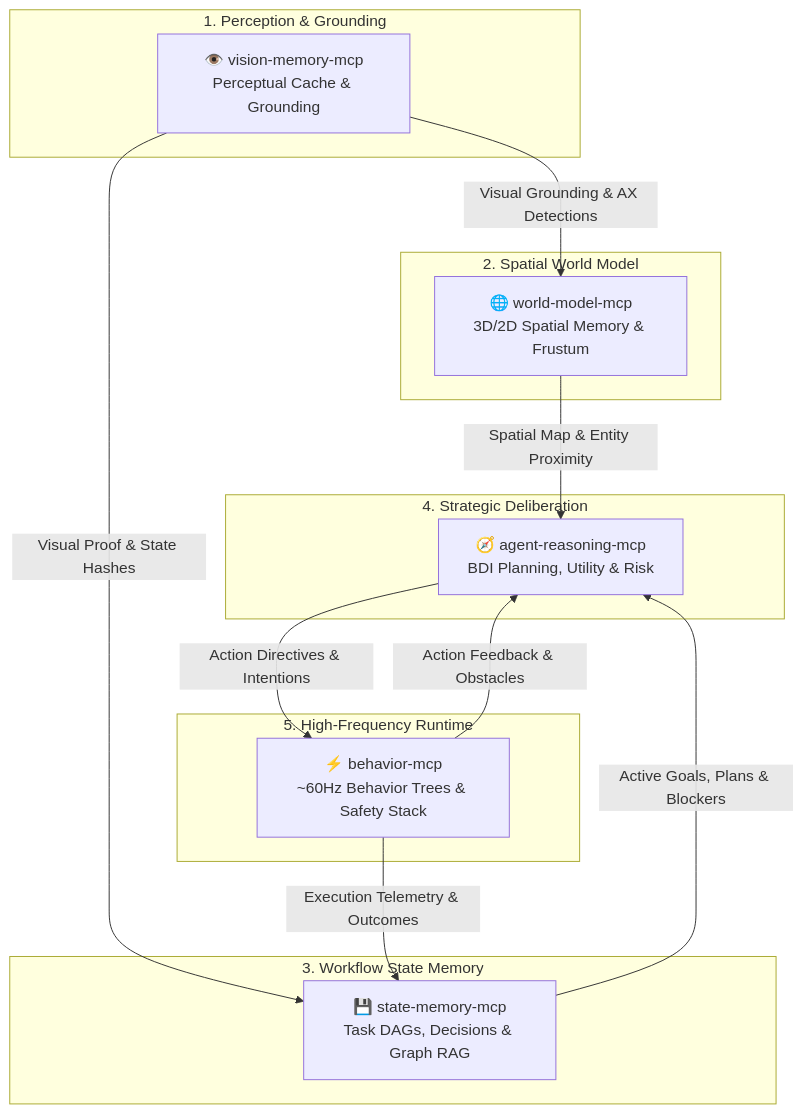
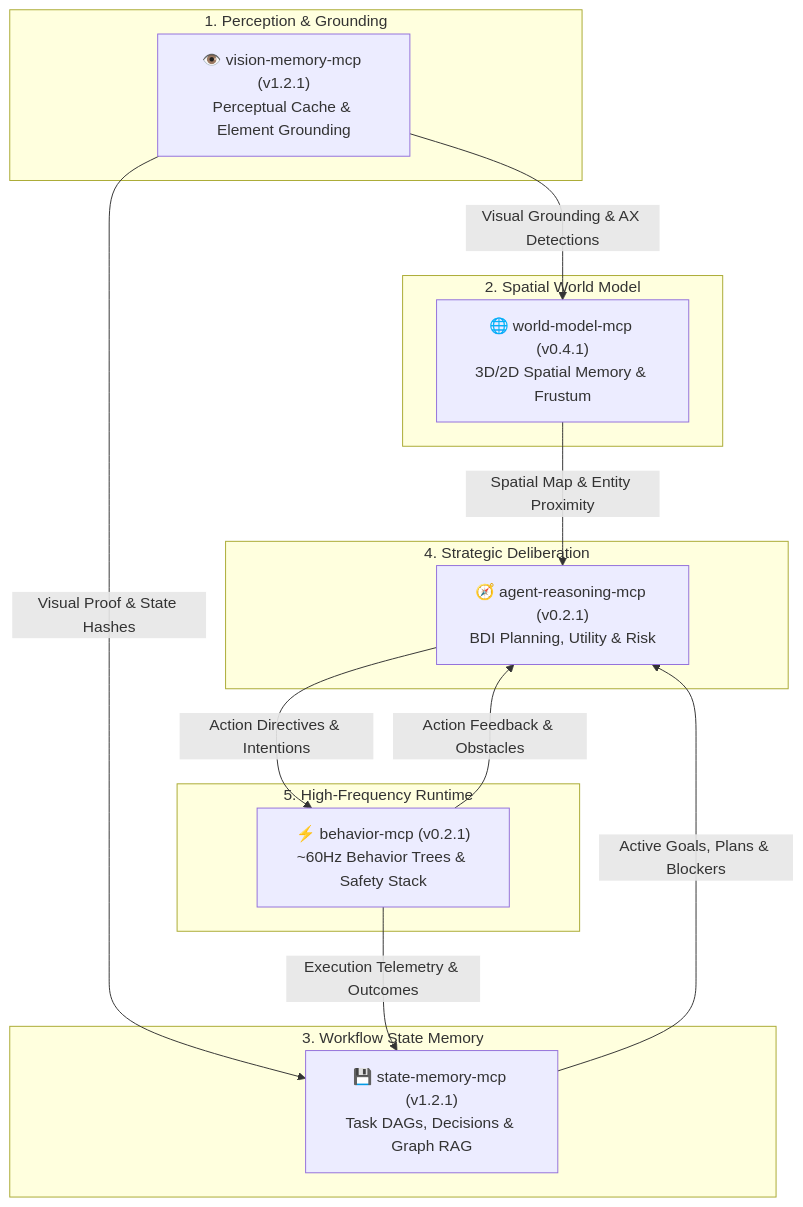
Before and after one commit to putervision/.github: the diagram in profile/README.md, drawn with Mermaid. The commit also changed other lines of this file, not shown here.

Commit message:
docs: update profile README with MCP server versions, CI badges, and detailed architectural descriptions

````diff
--- a/profile/README.md
+++ b/profile/README.md
@@ -24,30 +31,30 @@
 ```mermaid
 flowchart TD
     subgraph Perception ["1. Perception & Grounding"]
-        VM["👁️ vision-memory-mcp<br/>Perceptual Cache & Grounding"]
+        VM["👁️ vision-memory-mcp (v1.2.1)<br/>Perceptual Cache & Element Grounding"]
     end
 
     subgraph Spatial ["2. Spatial World Model"]
-        WM["🌐 world-model-mcp<br/>3D/2D Spatial Memory & Frustum"]
+        WM["🌐 world-model-mcp (v0.4.1)<br/>3D/2D Spatial Memory & Frustum"]
     end
 
     subgraph State ["3. Workflow State Memory"]
-        SM["💾 state-memory-mcp<br/>Task DAGs, Decisions & Graph RAG"]
+        SM["💾 state-memory-mcp (v1.2.1)<br/>Task DAGs, Decisions & Graph RAG"]
     end
 
     subgraph Cognition ["4. Strategic Deliberation"]
-        AR["🧭 agent-reasoning-mcp<br/>BDI Planning, Utility & Risk"]
+        AR["🧭 agent-reasoning-mcp (v0.2.1)<br/>BDI Planning, Utility & Risk"]
     end
 
     subgraph Execution ["5. High-Frequency Runtime"]
-        BM["⚡ behavior-mcp<br/>~60Hz Behavior Trees & Safety Stack"]
+        BM["⚡ behavior-mcp (v0.2.1)<br/>~60Hz Behavior Trees & Safety Stack"]
     end
 
     VM -->|Visual Grounding & AX Detections| WM
     VM -->|Visual Proof & State Hashes| SM
     WM -->|Spatial Map & Entity Proximity| AR
     SM -->|Active Goals, Plans & Blockers| AR
     AR -->|Action Directives & Intentions| BM
     BM -->|Execution Telemetry & Outcomes| SM
     BM -->|Action Feedback & Obstacles| AR
 ```
````
